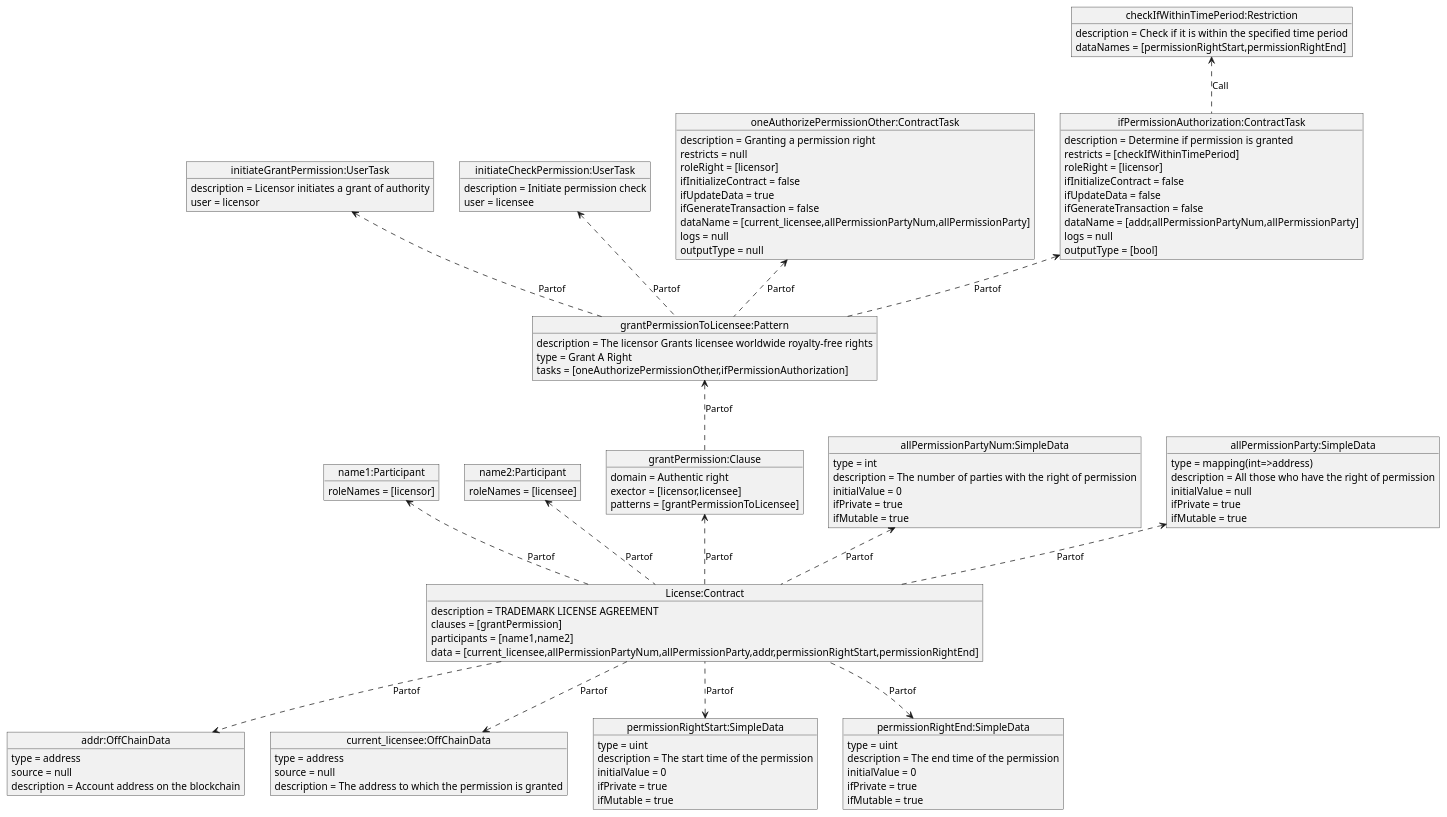
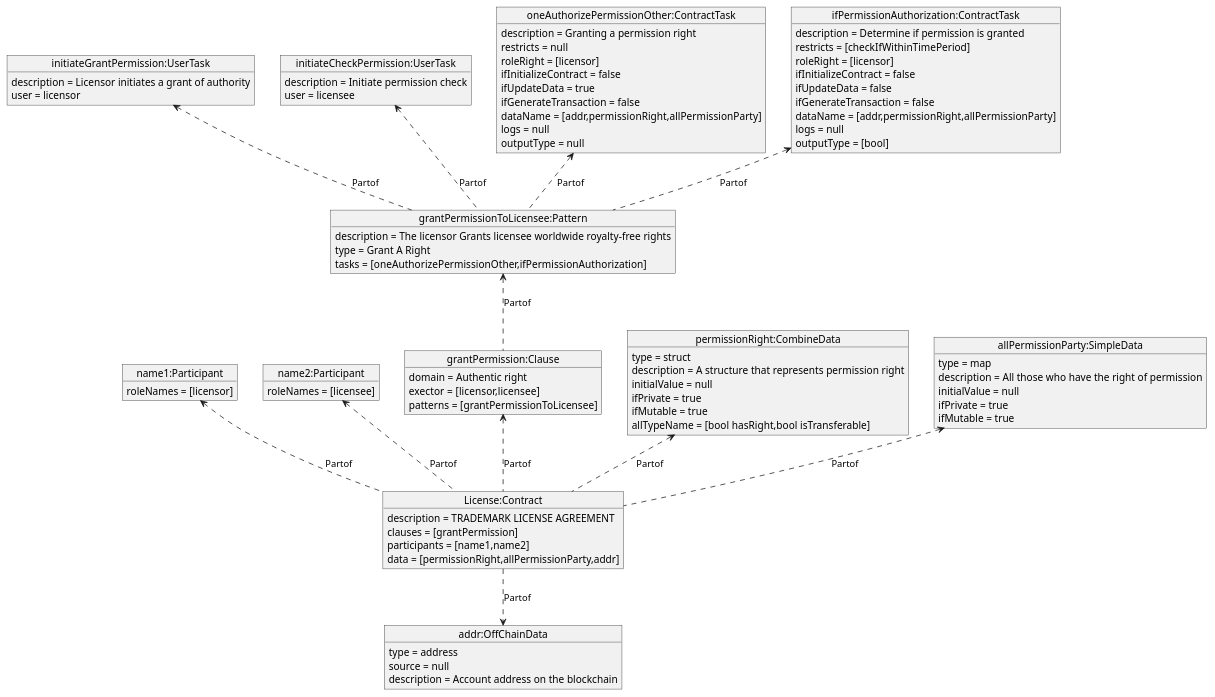
The diagram in plantUML_dia/a.puml (HIT-LWY/sc_MDA_code), drawn with PlantUML before and after one commit. The commit also changed 5 other files, not shown here.

```diff
--- a/plantUML_dia/a.puml
+++ b/plantUML_dia/a.puml
@@ -1,98 +1,78 @@
 @startuml
 'https://plantuml.com/object-diagram
 object "License:Contract" as o1
 o1 : description = TRADEMARK LICENSE AGREEMENT
 o1 : clauses = [grantPermission]
 o1 : participants = [name1,name2]
-o1 : data = [current_licensee,allPermissionPartyNum,allPermissionParty,addr,permissionRightStart,permissionRightEnd]
+o1 : data = [permissionRight,allPermissionParty,addr]
 object "name1:Participant" as o2
 o2 : roleNames = [licensor]
 o2<..o1 : Partof
 object "name2:Participant" as o3
 o3 : roleNames = [licensee]
 o3<..o1 : Partof
 object "grantPermission:Clause" as o4
 o4 : domain = Authentic right
 o4 : exector = [licensor,licensee]
 o4 : patterns = [grantPermissionToLicensee]
 o4<..o1 : Partof
 object "grantPermissionToLicensee:Pattern" as o5
 o5 : description = The licensor Grants licensee worldwide royalty-free rights
 o5 : type = Grant A Right
 o5 : tasks = [oneAuthorizePermissionOther,ifPermissionAuthorization]
 o5<..o4 : Partof
 object "initiateGrantPermission:UserTask" as o9
 o9 : description = Licensor initiates a grant of authority
 o9 : user = licensor
 o9<..o5 : Partof
 object "initiateCheckPermission:UserTask" as o10
 o10 : description = Initiate permission check
 o10 : user = licensee
 o10<..o5 : Partof
 object "oneAuthorizePermissionOther:ContractTask" as o6
 o6 : description = Granting a permission right
 o6 : restricts = null
 o6 : roleRight = [licensor]
 o6 : ifInitializeContract = false
 o6 : ifUpdateData = true
 o6 : ifGenerateTransaction = false
-o6 : dataName = [current_licensee,allPermissionPartyNum,allPermissionParty]
+o6 : dataName = [addr,permissionRight,allPermissionParty]
 o6 : logs = null
 o6 : outputType = null
 o6<..o5 : Partof
 object "ifPermissionAuthorization:ContractTask" as o7
 o7 : description = Determine if permission is granted
 o7 : restricts = [checkIfWithinTimePeriod]
 o7 : roleRight = [licensor]
 o7 : ifInitializeContract = false
 o7 : ifUpdateData = false
 o7 : ifGenerateTransaction = false
-o7 : dataName = [addr,allPermissionPartyNum,allPermissionParty]
+o7 : dataName = [addr,permissionRight,allPermissionParty]
 o7 : logs = null
 o7 : outputType = [bool]
 o7<..o5 : Partof
-object "checkIfWithinTimePeriod:Restriction" as o8
-o8 : description = Check if it is within the specified time period
-o8 : dataNames = [permissionRightStart,permissionRightEnd]
-o8<..o7 : Call
+'object "checkIfWithinTimePeriod:Restriction" as o8
+'o8 : description = Check if it is within the specified time period
+'o8 : dataNames = [permissionRightStart,permissionRightEnd]
+'o8<..o7 : Call
 object "addr:OffChainData" as o63
 o63 : type = address
 o63 : source = null
 o63 : description = Account address on the blockchain
 o1..>o63 : Partof
-object "current_licensee:OffChainData" as o64
-o64 : type = address
-o64 : source = null
-o64 : description = The address to which the permission is granted
-o1..>o64 : Partof
-object "allPermissionPartyNum:SimpleData" as o65
-o65 : type = int
-o65 : description = The number of parties with the right of permission
-o65 : initialValue = 0
+object "permissionRight:CombineData" as o65
+o65 : type = struct
+o65 : description = A structure that represents permission right
+o65 : initialValue = null
 o65 : ifPrivate = true
 o65 : ifMutable = true
+o65 : allTypeName = [bool hasRight,bool isTransferable]
 o65<..o1 : Partof
 object "allPermissionParty:SimpleData" as o66
-o66 : type = mapping(int=>address)
+o66 : type = map
 o66 : description = All those who have the right of permission
 o66 : initialValue = null
 o66 : ifPrivate = true
 o66 : ifMutable = true
 o66<..o1 : Partof
-object "permissionRightStart:SimpleData" as o61
-o61 : type = uint
-o61 : description = The start time of the permission
-o61 : initialValue = 0
-o61 : ifPrivate = true
-o61 : ifMutable = true
-o61<..o1 : Partof
-object "permissionRightEnd:SimpleData" as o62
-o62 : type = uint
-o62 : description = The end time of the permission
-o62 : initialValue = 0
-o62 : ifPrivate = true
-o62 : ifMutable = true
-o62<..o1 : Partof
-o1 --[hidden] o62
-o1 --[hidden] o61
 @enduml
```
